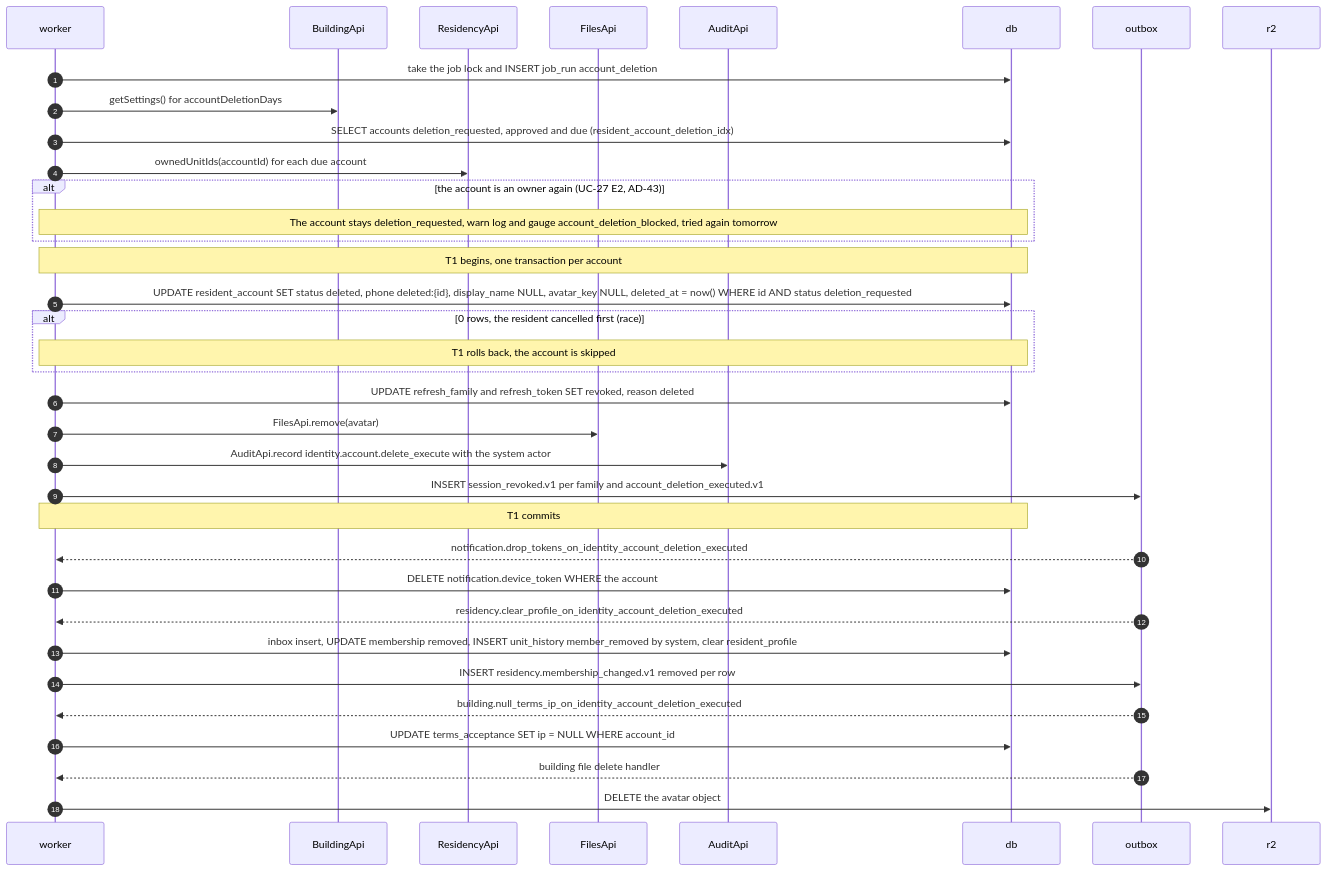
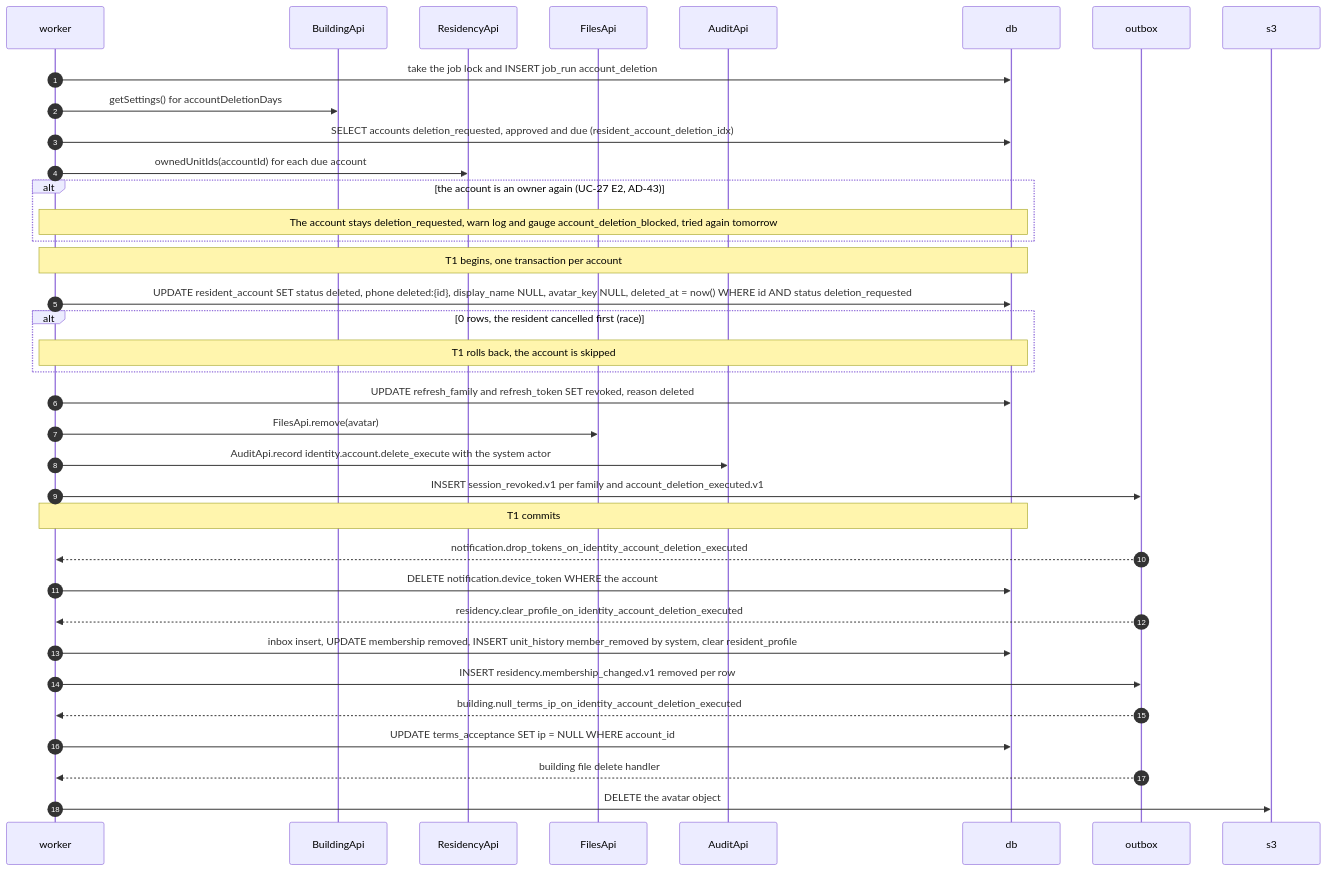
Diagram 20 of 22 in docs/06-design/flows/identity-and-household.md (ninggiangboy/residential-management-system), drawn with Mermaid before and after one commit. The commit also changed other lines of this file and 38 other files, not shown here.

````diff
--- a/docs/06-design/flows/identity-and-household.md
+++ b/docs/06-design/flows/identity-and-household.md
@@ -1732,38 +1732,38 @@
 ```mermaid
 sequenceDiagram
   autonumber
   participant WK as worker
   participant BA as BuildingApi
   participant RA as ResidencyApi
   participant F as FilesApi
   participant AU as AuditApi
   participant DB as db
   participant OB as outbox
-  participant R2 as r2
+  participant S3 as s3
   WK->>DB: take the job lock and INSERT job_run account_deletion
   WK->>BA: getSettings() for accountDeletionDays
   WK->>DB: SELECT accounts deletion_requested, approved and due (resident_account_deletion_idx)
   WK->>RA: ownedUnitIds(accountId) for each due account
   alt the account is an owner again (UC-27 E2, AD-43)
     Note over WK,DB: The account stays deletion_requested, warn log and gauge account_deletion_blocked, tried again tomorrow
   end
   Note over WK,DB: T1 begins, one transaction per account
   WK->>DB: UPDATE resident_account SET status deleted, phone deleted:{id}, display_name NULL, avatar_key NULL, deleted_at = now() WHERE id AND status deletion_requested
   alt 0 rows, the resident cancelled first (race)
     Note over WK,DB: T1 rolls back, the account is skipped
   end
   WK->>DB: UPDATE refresh_family and refresh_token SET revoked, reason deleted
   WK->>F: FilesApi.remove(avatar)
   WK->>AU: AuditApi.record identity.account.delete_execute with the system actor
   WK->>OB: INSERT session_revoked.v1 per family and account_deletion_executed.v1
   Note over WK,DB: T1 commits
   OB-->>WK: notification.drop_tokens_on_identity_account_deletion_executed
   WK->>DB: DELETE notification.device_token WHERE the account
   OB-->>WK: residency.clear_profile_on_identity_account_deletion_executed
   WK->>DB: inbox insert, UPDATE membership removed, INSERT unit_history member_removed by system, clear resident_profile
   WK->>OB: INSERT residency.membership_changed.v1 removed per row
   OB-->>WK: building.null_terms_ip_on_identity_account_deletion_executed
   WK->>DB: UPDATE terms_acceptance SET ip = NULL WHERE account_id
   OB-->>WK: building file delete handler
-  WK->>R2: DELETE the avatar object
+  WK->>S3: DELETE the avatar object
 ```
````
